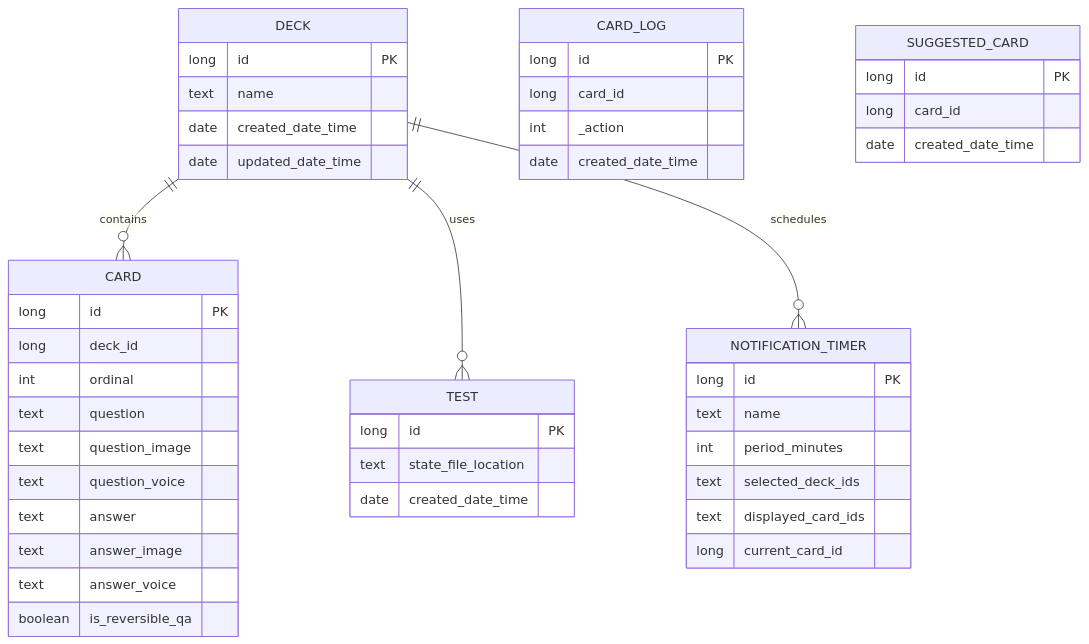
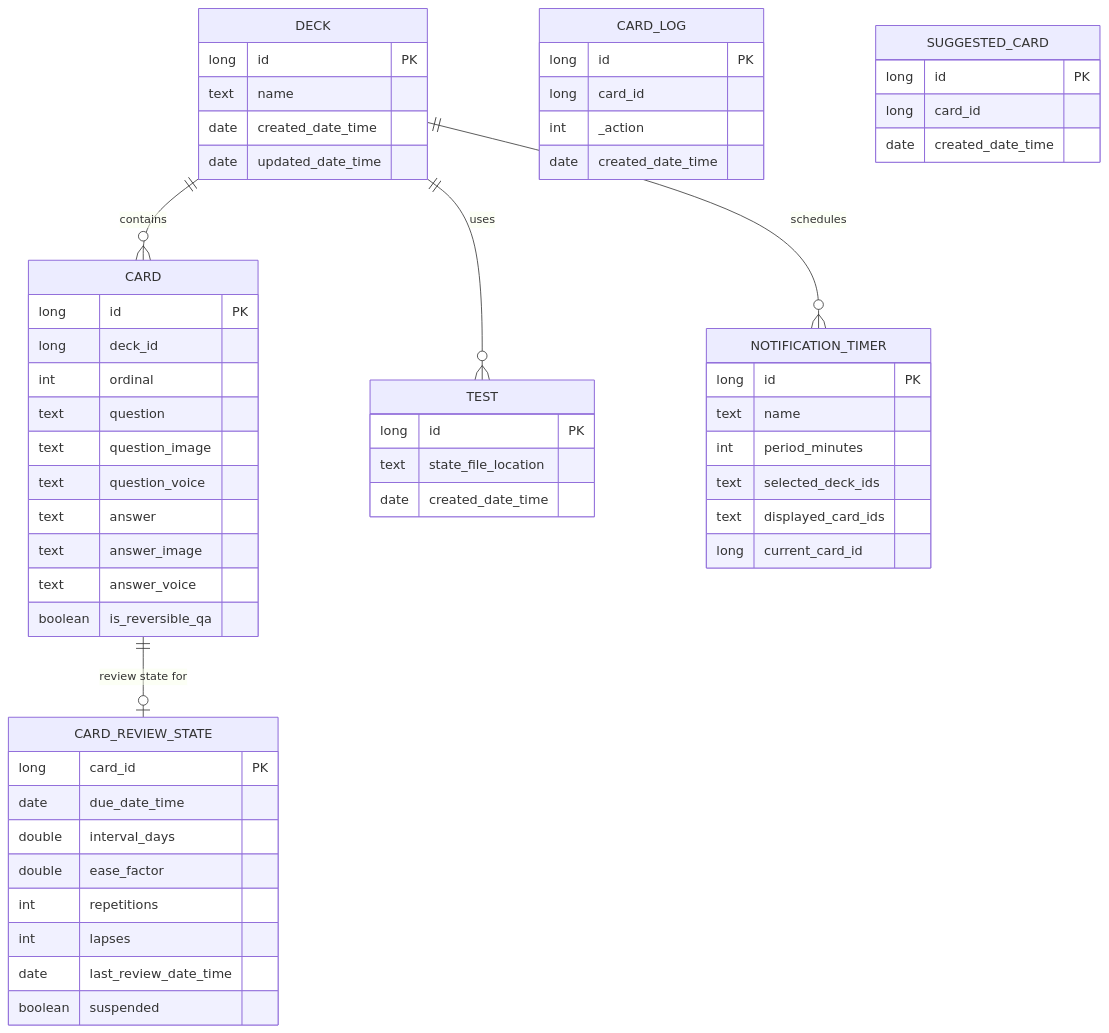
The fifth of 7 diagrams in README.md (rh-id/a-flash-deck), drawn with Mermaid before and after one commit. The commit also changed other lines of this file and 44 other files, not shown here.

First line of the commit message:
feat: add spaced repetition study, Study Due flow, and card suspend

````diff
--- a/README.md
+++ b/README.md
@@ -310,54 +314,66 @@
 ```mermaid
 erDiagram
     DECK ||--o{ CARD : contains
     DECK ||--o{ TEST : uses
     DECK ||--o{ NOTIFICATION_TIMER : schedules
+    CARD ||--o| CARD_REVIEW_STATE : "review state for"
 
     CARD {
         long id PK
         long deck_id
         int ordinal
         text question
         text question_image
         text question_voice
         text answer
         text answer_image
         text answer_voice
         boolean is_reversible_qa
     }
 
     DECK {
         long id PK
         text name
         date created_date_time
         date updated_date_time
     }
 
     TEST {
         long id PK
         text state_file_location
         date created_date_time
     }
 
     NOTIFICATION_TIMER {
         long id PK
         text name
         int period_minutes
         text selected_deck_ids
         text displayed_card_ids
         long current_card_id
     }
 
+    CARD_REVIEW_STATE {
+        long card_id PK
+        date due_date_time
+        double interval_days
+        double ease_factor
+        int repetitions
+        int lapses
+        date last_review_date_time
+        boolean suspended
+    }
+
     CARD_LOG {
         long id PK
         long card_id
         int _action
         date created_date_time
     }
 
     SUGGESTED_CARD {
         long id PK
         long card_id
         date created_date_time
     }
 ```
````
